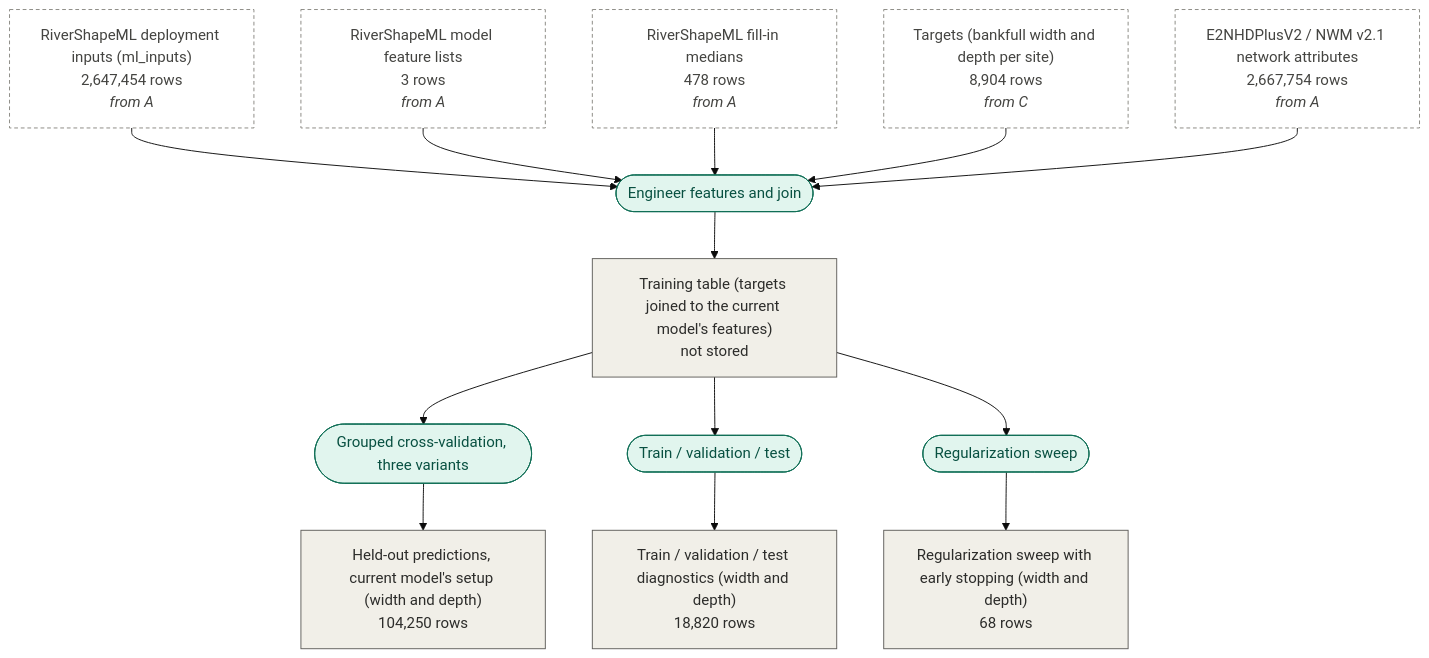
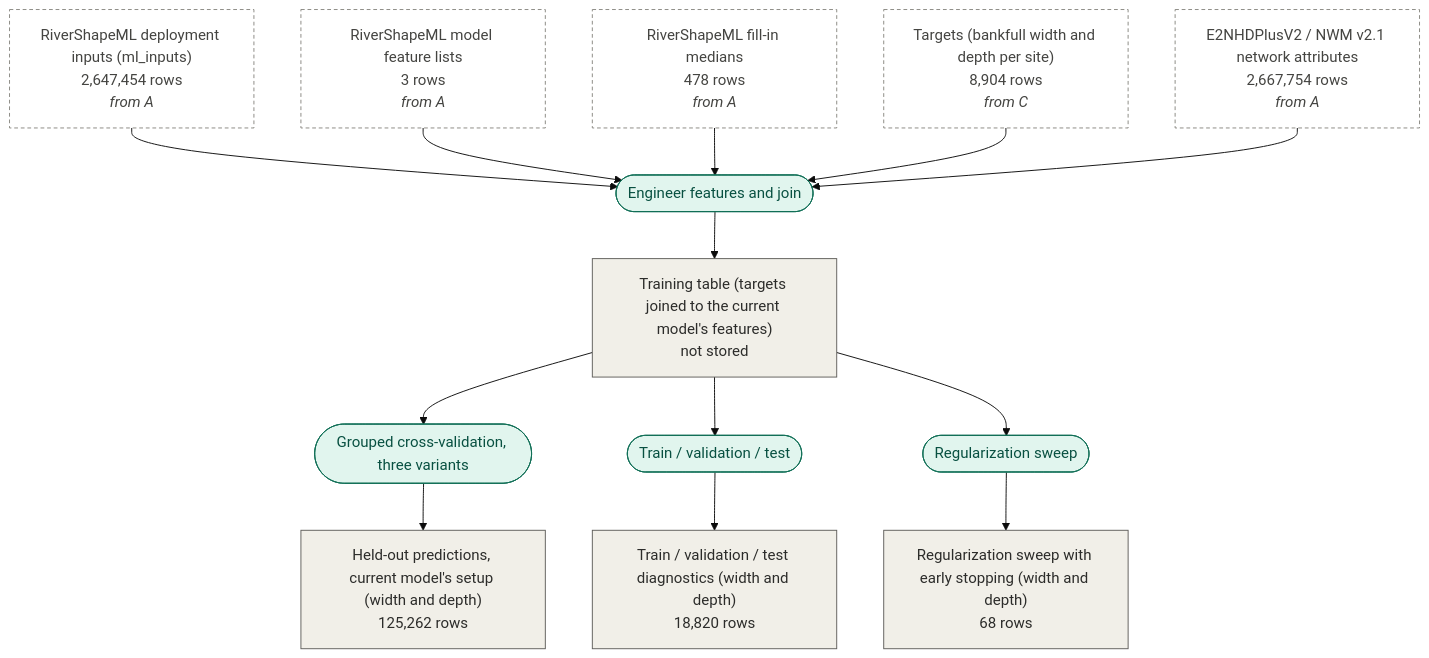
Before and after one commit to drmerlot/rivershapeml-more-data: the sixth of 7 diagrams in docs/data_lineage.md, drawn with Mermaid (base theme). The commit also changed other lines of this file and 1 other file, not shown here.

````diff
--- a/docs/data_lineage.md
+++ b/docs/data_lineage.md
@@ -676,31 +676,31 @@
 ```mermaid
 flowchart TD
   e2nhdplus["E2NHDPlusV2 / NWM v2.1 network attributes<br/>2,667,754 rows<br/><i>from A</i>"]:::external
   ml_inputs["RiverShapeML deployment inputs (ml_inputs)<br/>2,647,454 rows<br/><i>from A</i>"]:::external
   riverml_feature_lists["RiverShapeML model feature lists<br/>3 rows<br/><i>from A</i>"]:::external
   riverml_fill_medians["RiverShapeML fill-in medians<br/>478 rows<br/><i>from A</i>"]:::external
-  riverml_runs["Held-out predictions, current model's setup (width and depth)<br/>104,250 rows"]:::table
+  riverml_runs["Held-out predictions, current model's setup (width and depth)<br/>125,262 rows"]:::table
   targets["Targets (bankfull width and depth per site)<br/>8,904 rows<br/><i>from C</i>"]:::external
   train_eval["Train / validation / test diagnostics (width and depth)<br/>18,820 rows"]:::table
   training_table["Training table (targets joined to the current model's features)<br/>not stored"]:::table
   tuning["Regularization sweep with early stopping (width and depth)<br/>68 rows"]:::table
   op_engineer_join(["Engineer features and join"]):::op
   ml_inputs --> op_engineer_join
   riverml_feature_lists --> op_engineer_join
   riverml_fill_medians --> op_engineer_join
   targets --> op_engineer_join
   e2nhdplus --> op_engineer_join
   op_engineer_join --> training_table
   op_cross_validate(["Grouped cross-validation, three variants"]):::op
   training_table --> op_cross_validate
   op_cross_validate --> riverml_runs
   op_train_valid_test(["Train / validation / test"]):::op
   training_table --> op_train_valid_test
   op_train_valid_test --> train_eval
   op_tune(["Regularization sweep"]):::op
   training_table --> op_tune
   op_tune --> tuning
   classDef table fill:#F1EFE8,stroke:#5F5E5A,color:#2C2C2A
   classDef external fill:#ffffff,stroke:#888780,stroke-dasharray:4 3,color:#444441
   classDef op fill:#E1F5EE,stroke:#0F6E56,color:#085041
 ```
````
